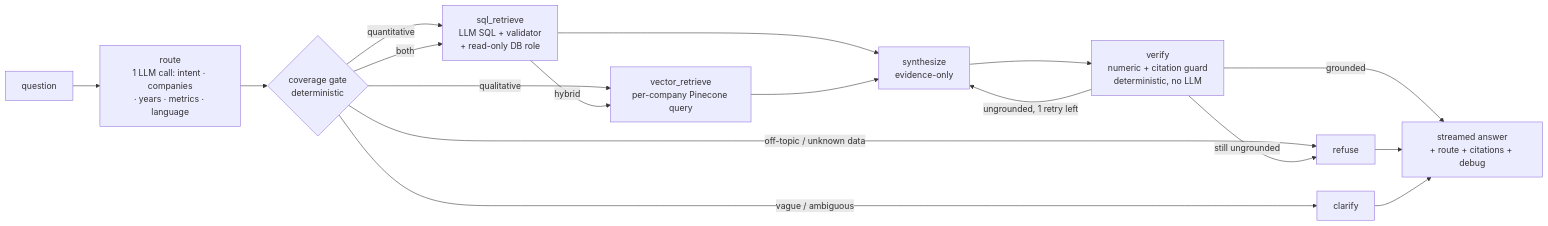
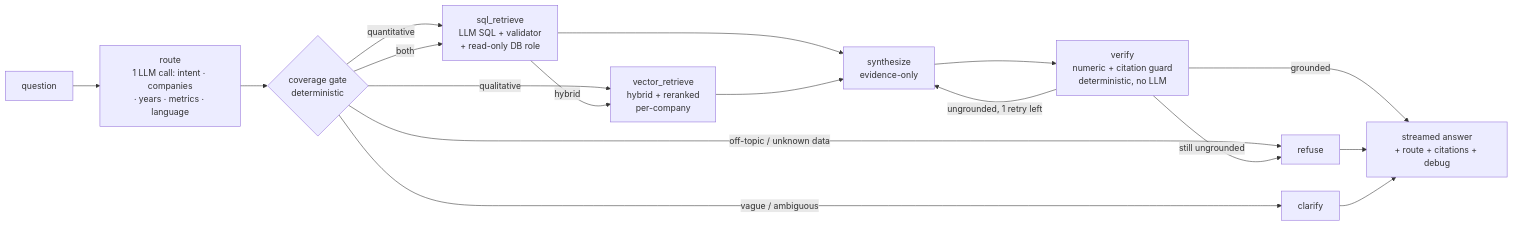
Before and after one commit to ougrid/smc-ai-eng: the diagram in README.md, drawn with Mermaid. The commit also changed other lines of this file and 2 other files, not shown here.

First line of the commit message:
docs: promote cross-encoder reranking from roadmap

````diff
--- a/README.md
+++ b/README.md
@@ -21,19 +21,19 @@
 ```mermaid
 flowchart LR
     Q[question] --> R[route<br/>1 LLM call: intent · companies<br/>· years · metrics · language]
     R --> G{coverage gate<br/>deterministic}
     G -->|off-topic / unknown data| REF[refuse]
     G -->|vague / ambiguous| CL[clarify]
     G -->|quantitative| SQLT[sql_retrieve<br/>LLM SQL + validator<br/>+ read-only DB role]
-    G -->|qualitative| VEC[vector_retrieve<br/>per-company Pinecone query]
+    G -->|qualitative| VEC[vector_retrieve<br/>hybrid + reranked<br/>per-company]
     G -->|both| SQLT
     SQLT -->|hybrid| VEC
     SQLT --> S[synthesize<br/>evidence-only]
     VEC --> S
     S --> V[verify<br/>numeric + citation guard<br/>deterministic, no LLM]
     V -->|grounded| A[streamed answer<br/>+ route + citations + debug]
     V -->|ungrounded, 1 retry left| S
     V -->|still ungrounded| REF
     REF --> A
     CL --> A
 ```
````
